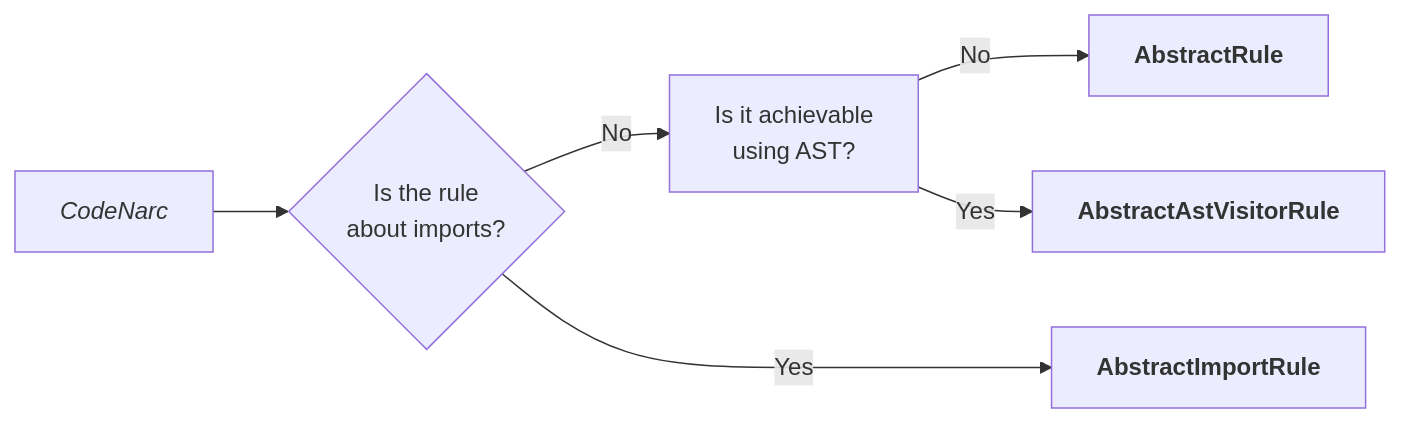
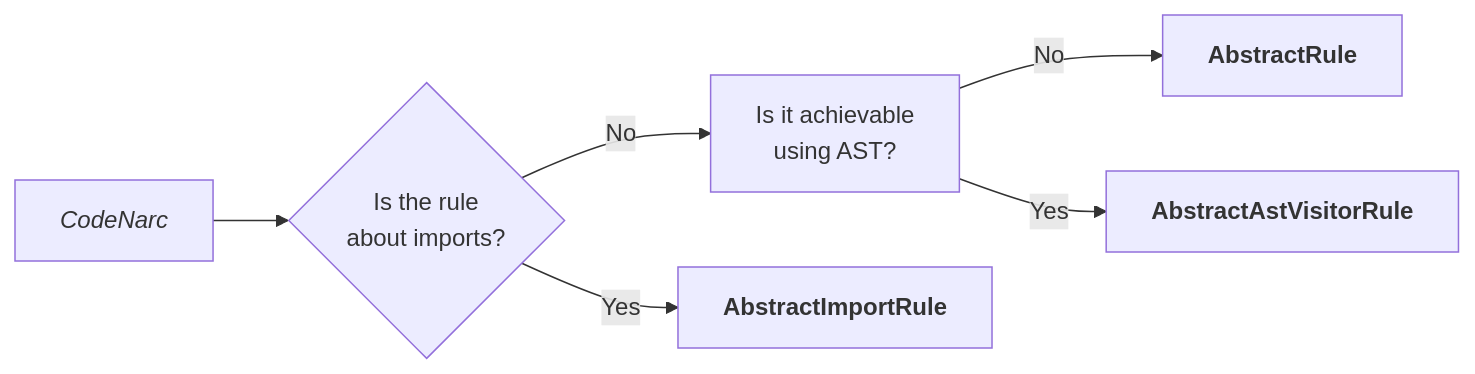
Before and after one commit to hanggrian/rulebook: the second of 4 diagrams in CONTRIBUTING.md, drawn with Mermaid. The commit also changed other lines of this file and 202 other files, not shown here.

````diff
--- a/CONTRIBUTING.md
+++ b/CONTRIBUTING.md
@@ -14,8 +14,8 @@
 ```mermaid
 graph LR
   A[<i>CodeNarc</i>] --> B{Is the rule<br>about imports?};
   B --> |No| C[Is it achievable<br>using AST?];
   C --> |No| D[<b>AbstractRule</b>];
   C --> |Yes| E[<b>AbstractAstVisitorRule</b>];
-  B ---> |Yes| F[<b>AbstractImportRule</b>];
+  B --> |Yes| F[<b>AbstractImportRule</b>];
 ```
````
